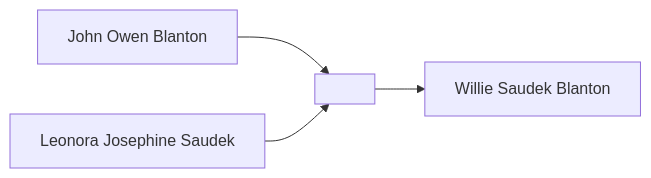
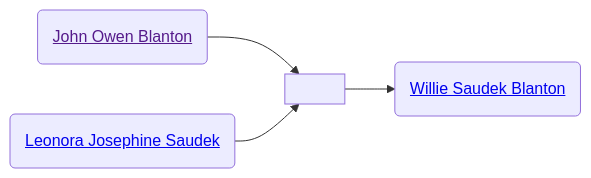
Before and after one commit to neelsmith/avocational: the second of 2 diagrams in familyhistory/sources/people/Neel-line/Blanton-line/John_Owen_Blanton.qmd, drawn with Mermaid. The commit also changed other lines of this file and 71 other files, not shown here.

````diff
--- a/familyhistory/sources/people/Neel-line/Blanton-line/John_Owen_Blanton.qmd
+++ b/familyhistory/sources/people/Neel-line/Blanton-line/John_Owen_Blanton.qmd
@@ -35,6 +39,11 @@
 ```{mermaid}
 graph LR
-John_Owen_Blanton[John Owen Blanton] --> John_Owen_Blanton+Leonora_Josephine_Saudek[ ]
-Leonora_Josephine_Saudek[Leonora Josephine Saudek] --> John_Owen_Blanton+Leonora_Josephine_Saudek[ ]
-John_Owen_Blanton+Leonora_Josephine_Saudek[ ] --> Willie_Saudek_Blanton[Willie Saudek Blanton]
+class John_Owen_Blanton_and_Leonora_Josephine_Saudek marriage
+John_Owen_Blanton(<a href=''>John Owen Blanton</>) --> John_Owen_Blanton_and_Leonora_Josephine_Saudek[ ]
+Leonora_Josephine_Saudek(<a href='./Saudek-line/Leonora_Josephine_Saudek.html'>Leonora Josephine Saudek</>) --> John_Owen_Blanton_and_Leonora_Josephine_Saudek(( ))
+John_Owen_Blanton_and_Leonora_Josephine_Saudek[ ] --> Willie_Saudek_Blanton(<a href='./Willie_Saudek_Blanton.html'>Willie Saudek Blanton</>)
+classDef mother fill:#ffd1dc
+classDef father fill:#daf0f7  
+classDef marriage fill:#ffffff
+
 ```
````
